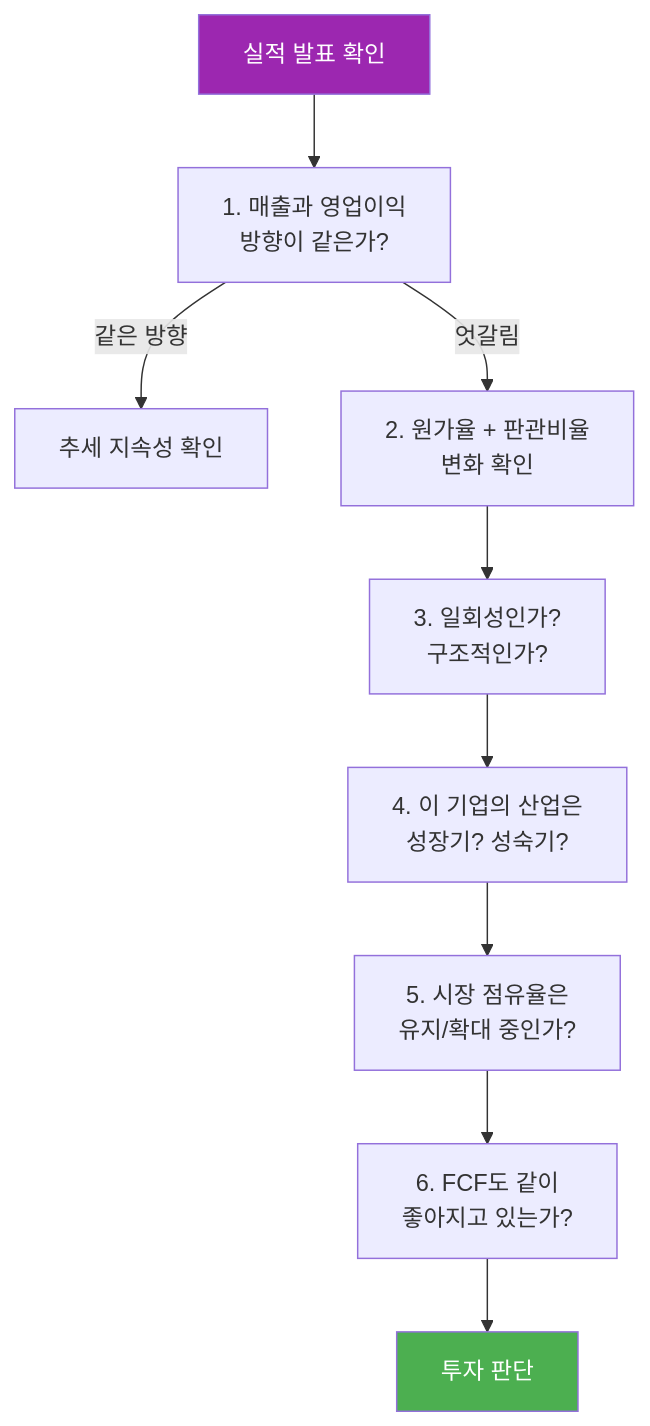
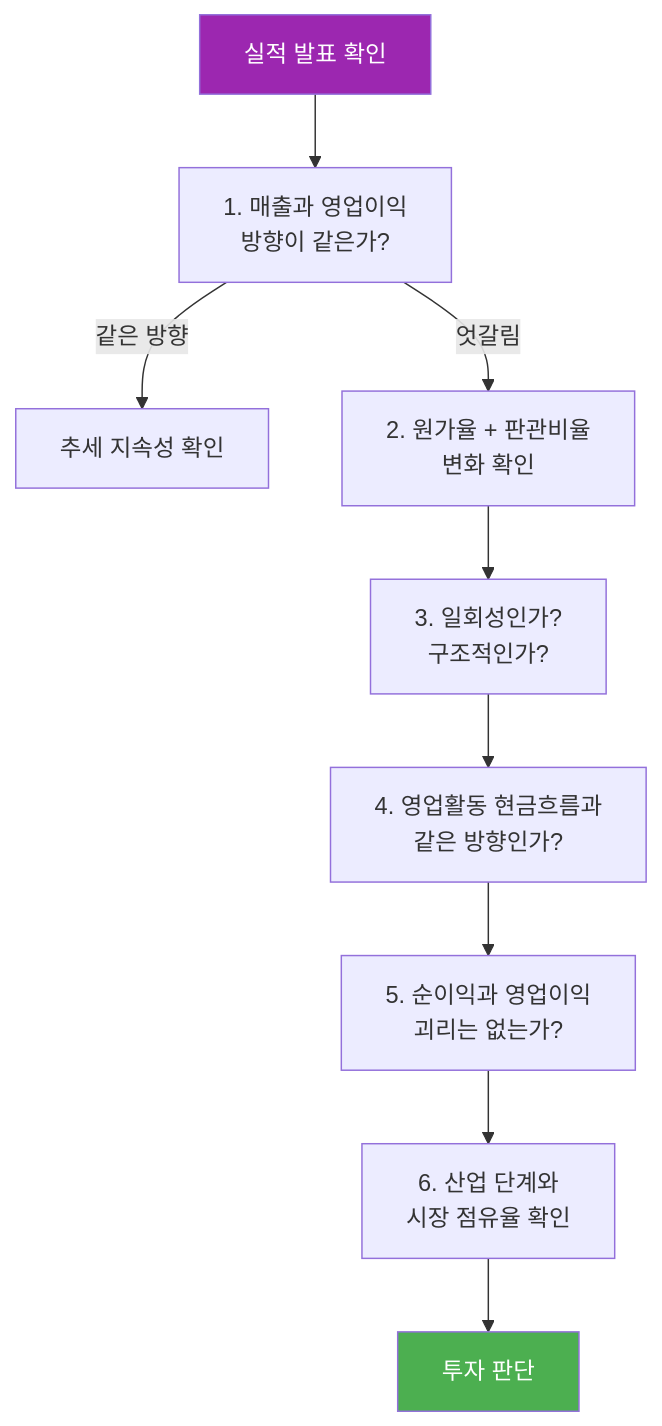
The fifth of 5 diagrams in docs/start/revenue-operating-profit-interpretation-guide/index.md (kenshin579/investment.advenoh.pe.kr), drawn with Mermaid before and after one commit. The commit also changed other lines of this file, not shown here.

````diff
--- a/docs/start/revenue-operating-profit-interpretation-guide/index.md
+++ b/docs/start/revenue-operating-profit-interpretation-guide/index.md
@@ -562,14 +576,14 @@
 ```mermaid
 graph TD
     A["실적 발표 확인"] --> B["1. 매출과 영업이익<br/>방향이 같은가?"]
     B -->|같은 방향| C["추세 지속성 확인"]
     B -->|엇갈림| D["2. 원가율 + 판관비율<br/>변화 확인"]
     D --> E["3. 일회성인가?<br/>구조적인가?"]
-    E --> F["4. 이 기업의 산업은<br/>성장기? 성숙기?"]
-    F --> G["5. 시장 점유율은<br/>유지/확대 중인가?"]
-    G --> H["6. FCF도 같이<br/>좋아지고 있는가?"]
+    E --> F["4. 영업활동 현금흐름과<br/>같은 방향인가?"]
+    F --> G["5. 순이익과 영업이익<br/>괴리는 없는가?"]
+    G --> H["6. 산업 단계와<br/>시장 점유율 확인"]
     H --> I["투자 판단"]
 
     style A fill:#9C27B0,color:#fff
     style I fill:#4CAF50,color:#fff
 ```
````
